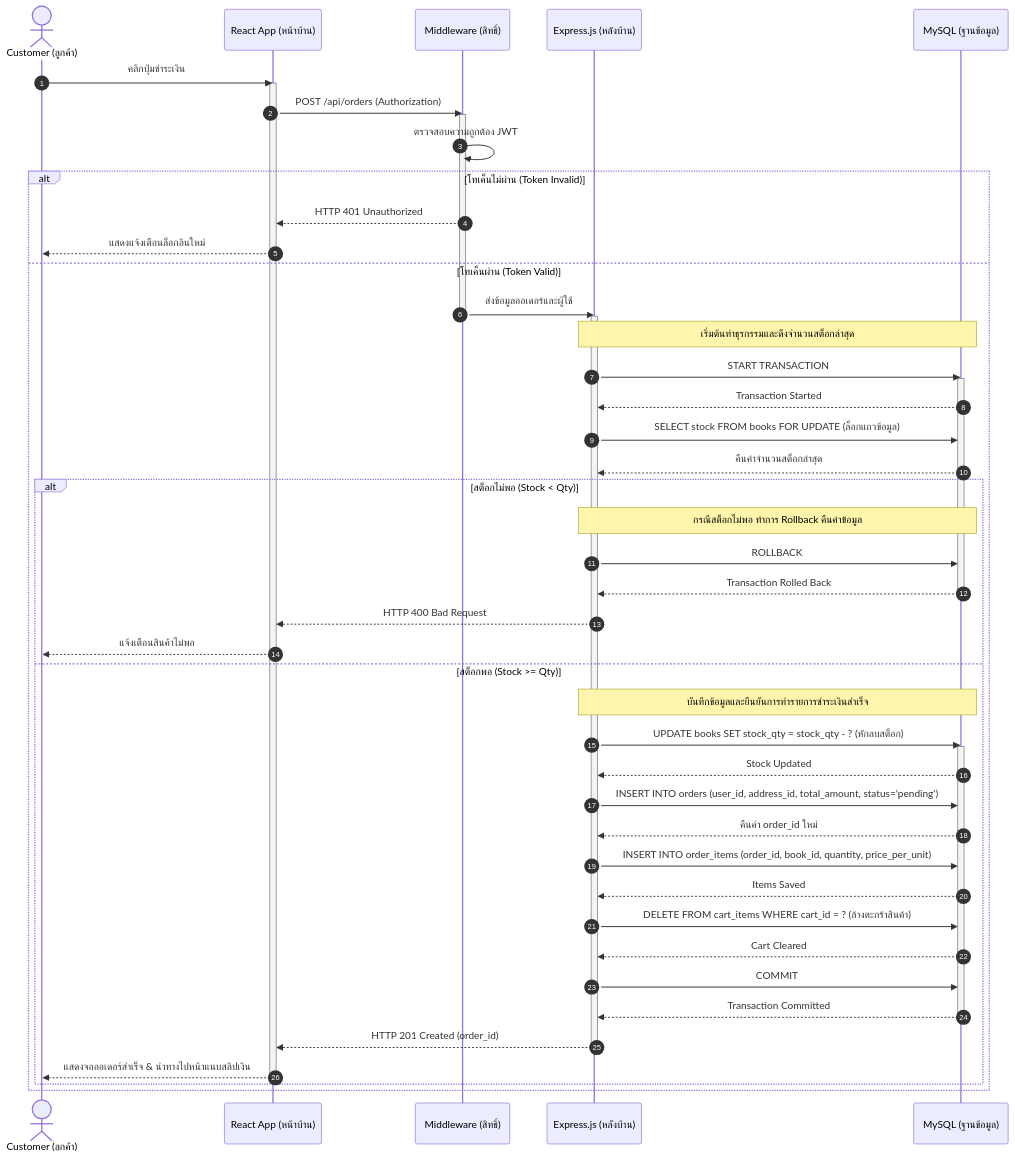
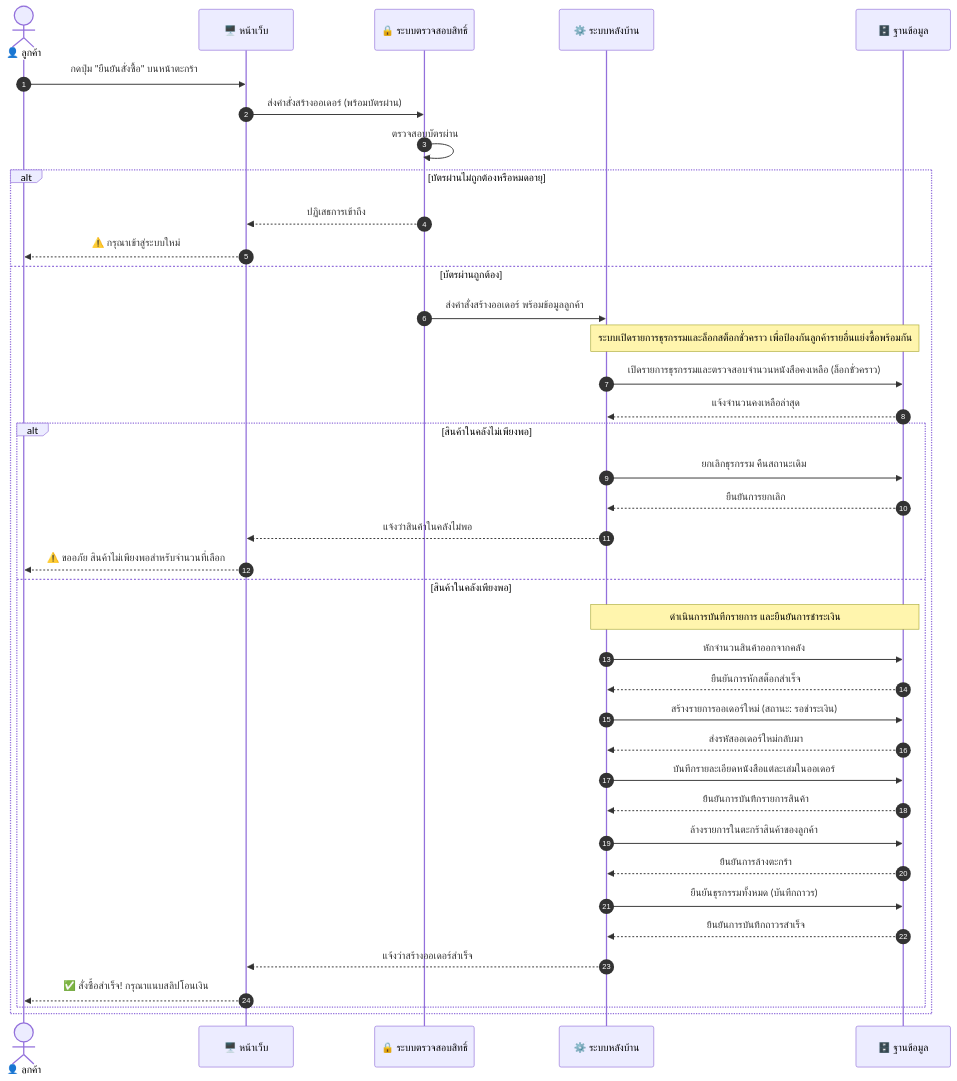
One commit to SupvichSpuGM/online-bookstore changed the sixth of 15 diagrams in diagram/Diagram.md. Above: the diagram before and after it, drawn with Mermaid. The commit also changed other lines of this file and 1 other file, not shown here.

````diff
--- a/diagram/Diagram.md
+++ b/diagram/Diagram.md
@@ -397,65 +408,42 @@
 ```mermaid
 sequenceDiagram
-            autonumber
-            actor Customer as Customer (ลูกค้า)
-            participant Client as React App (หน้าบ้าน)
-            participant AuthMW as Middleware (สิทธิ์)
-            participant API as Express.js (หลังบ้าน)
-            participant DB as MySQL (ฐานข้อมูล)
+    autonumber
+    actor Customer as 👤 ลูกค้า
+    participant Web as 🖥️ หน้าเว็บ
+    participant Guard as 🔒 ระบบตรวจสอบสิทธิ์
+    participant App as ⚙️ ระบบหลังบ้าน
+    participant DB as 🗄️ ฐานข้อมูล
 
-            Customer->>Client: คลิกปุ่มชำระเงิน
-            activate Client
-            Client->>AuthMW: POST /api/orders (Authorization)
-            activate AuthMW
-            
-            AuthMW->>AuthMW: ตรวจสอบความถูกต้อง JWT
-            
-            alt โทเค็นไม่ผ่าน (Token Invalid)
-                AuthMW-->>Client: HTTP 401 Unauthorized
-                Client-->>Customer: แสดงแจ้งเตือนล็อกอินใหม่
-            else โทเค็นผ่าน (Token Valid)
-                AuthMW->>API: ส่งข้อมูลออเดอร์และผู้ใช้
-                deactivate AuthMW
-                activate API
-                
-                note over API, DB: เริ่มต้นทำธุรกรรมและดึงจำนวนสต็อกล่าสุด
-                API->>DB: START TRANSACTION
-                activate DB
-                DB-->>API: Transaction Started
-                
-                API->>DB: SELECT stock FROM books FOR UPDATE (ล็อกแถวข้อมูล)
-                DB-->>API: คืนค่าจำนวนสต็อกล่าสุด
-                
-                alt สต็อกไม่พอ (Stock < Qty)
-                    note over API, DB: กรณีสต็อกไม่พอ ทำการ Rollback คืนค่าข้อมูล
-                    API->>DB: ROLLBACK
-                    DB-->>API: Transaction Rolled Back
-                    deactivate DB
-                    API-->>Client: HTTP 400 Bad Request
-                    Client-->>Customer: แจ้งเตือนสินค้าไม่พอ
-                else สต็อกพอ (Stock >= Qty)
-                    note over API, DB: บันทึกข้อมูลและยืนยันการทำรายการชำระเงินสำเร็จ
-                    API->>DB: UPDATE books SET stock_qty = stock_qty - ? (หักลบสต็อก)
-                    activate DB
-                    DB-->>API: Stock Updated
-                    
-                    API->>DB: INSERT INTO orders (user_id, address_id, total_amount, status='pending')
-                    DB-->>API: คืนค่า order_id ใหม่
-                    
-                    API->>DB: INSERT INTO order_items (order_id, book_id, quantity, price_per_unit)
-                    DB-->>API: Items Saved
-
-                    API->>DB: DELETE FROM cart_items WHERE cart_id = ? (ล้างตะกร้าสินค้า)
-                    DB-->>API: Cart Cleared
-                    
-                    API->>DB: COMMIT
-                    DB-->>API: Transaction Committed
-                    deactivate DB
-                    
-                    API-->>Client: HTTP 201 Created (order_id)
-                    deactivate API
-                    Client-->>Customer: แสดงจอออเดอร์สำเร็จ & นำทางไปหน้าแนบสลิปเงิน
-                    deactivate Client
-                end
-            end
+    Customer->>Web: กดปุ่ม "ยืนยันสั่งซื้อ" บนหน้าตะกร้า
+    Web->>Guard: ส่งคำสั่งสร้างออเดอร์ (พร้อมบัตรผ่าน)
+    Guard->>Guard: ตรวจสอบบัตรผ่าน
+    alt บัตรผ่านไม่ถูกต้องหรือหมดอายุ
+        Guard-->>Web: ปฏิเสธการเข้าถึง
+        Web-->>Customer: ⚠️ กรุณาเข้าสู่ระบบใหม่
+    else บัตรผ่านถูกต้อง
+        Guard->>App: ส่งคำสั่งสร้างออเดอร์ พร้อมข้อมูลลูกค้า
+        Note over App, DB: ระบบเปิดรายการธุรกรรมและล็อกสต็อกชั่วคราว เพื่อป้องกันลูกค้ารายอื่นแย่งซื้อพร้อมกัน
+        App->>DB: เปิดรายการธุรกรรมและตรวจสอบจำนวนหนังสือคงเหลือ (ล็อกชั่วคราว)
+        DB-->>App: แจ้งจำนวนคงเหลือล่าสุด
+        alt สินค้าในคลังไม่เพียงพอ
+            App->>DB: ยกเลิกธุรกรรม คืนสถานะเดิม
+            DB-->>App: ยืนยันการยกเลิก
+            App-->>Web: แจ้งว่าสินค้าในคลังไม่พอ
+            Web-->>Customer: ⚠️ ขออภัย สินค้าไม่เพียงพอสำหรับจำนวนที่เลือก
+        else สินค้าในคลังเพียงพอ
+            Note over App, DB: ดำเนินการบันทึกรายการ และยืนยันการชำระเงิน
+            App->>DB: หักจำนวนสินค้าออกจากคลัง
+            DB-->>App: ยืนยันการหักสต็อกสำเร็จ
+            App->>DB: สร้างรายการออเดอร์ใหม่ (สถานะ: รอชำระเงิน)
+            DB-->>App: ส่งรหัสออเดอร์ใหม่กลับมา
+            App->>DB: บันทึกรายละเอียดหนังสือแต่ละเล่มในออเดอร์
+            DB-->>App: ยืนยันการบันทึกรายการสินค้า
+            App->>DB: ล้างรายการในตะกร้าสินค้าของลูกค้า
+            DB-->>App: ยืนยันการล้างตะกร้า
+            App->>DB: ยืนยันธุรกรรมทั้งหมด (บันทึกถาวร)
+            DB-->>App: ยืนยันการบันทึกถาวรสำเร็จ
+            App-->>Web: แจ้งว่าสร้างออเดอร์สำเร็จ
+            Web-->>Customer: ✅ สั่งซื้อสำเร็จ! กรุณาแนบสลิปโอนเงิน
+        end
+    end
 ```
````
